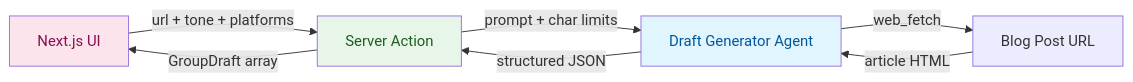
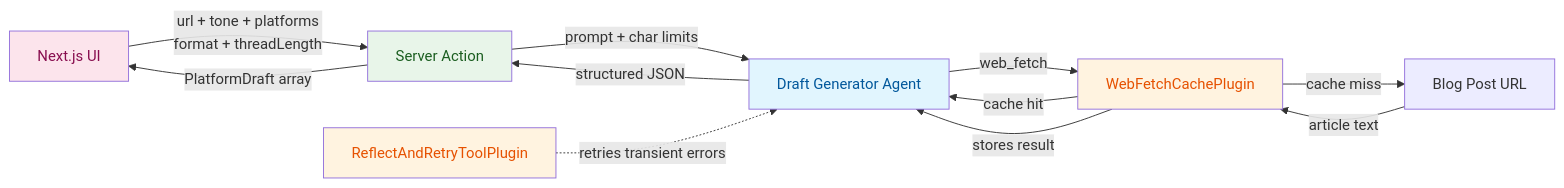
The diagram in README.md (IQAIcom/social-media-drafting-agent), drawn with Mermaid before and after one commit. The commit also changed other lines of this file and 1 other file, not shown here.

````diff
--- a/README.md
+++ b/README.md
@@ -58,13 +65,19 @@
 ```mermaid
 graph LR
-    UI[Next.js UI] -->|url + tone + platforms| SA[Server Action]
+    UI[Next.js UI] -->|url + tone + platforms<br/>format + threadLength| SA[Server Action]
     SA -->|prompt + char limits| Agent[Draft Generator Agent]
-    Agent -->|web_fetch| Blog[Blog Post URL]
-    Blog -->|article HTML| Agent
+    Agent -->|web_fetch| Cache[WebFetchCachePlugin]
+    Cache -->|cache miss| Blog[Blog Post URL]
+    Cache -->|cache hit| Agent
+    Blog -->|article text| Cache
+    Cache -->|stores result| Agent
+    Retry[ReflectAndRetryToolPlugin] -.->|retries transient errors| Agent
     Agent -->|structured JSON| SA
-    SA -->|GroupDraft array| UI
+    SA -->|PlatformDraft array| UI
 
     style Agent fill:#e1f5fe,color:#01579b
     style SA fill:#e8f5e9,color:#1b5e20
     style UI fill:#fce4ec,color:#880e4f
+    style Cache fill:#fff3e0,color:#e65100
+    style Retry fill:#fff3e0,color:#e65100
 ```
````
